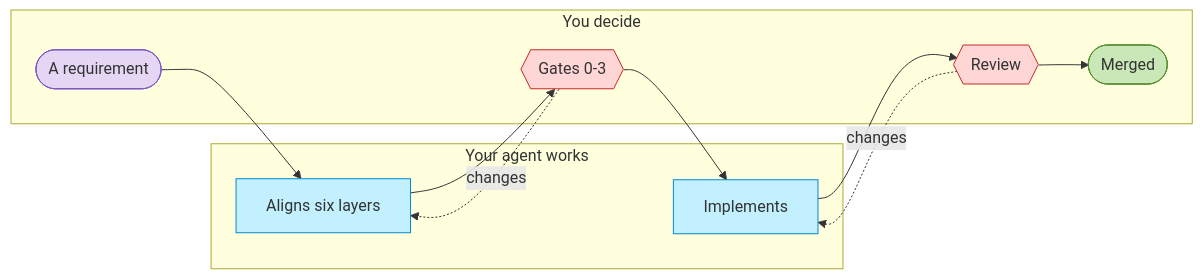
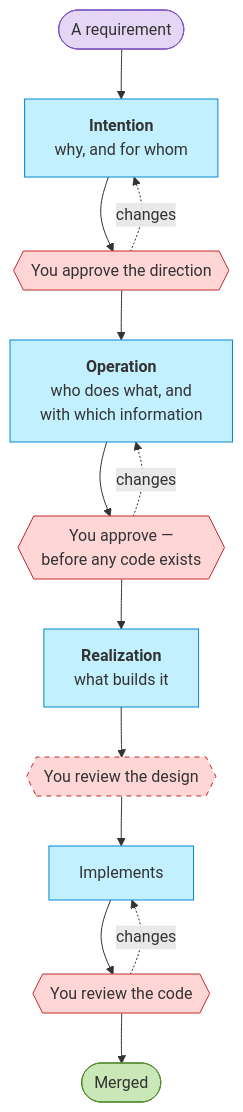
Before and after one commit to roanboc/archreator: the diagram in README.md, drawn with Mermaid. The commit also changed other lines of this file and 1 other file, not shown here.

Commit message:
docs: the six layers, read as three questions
"Aligns six layers" told a reader nothing, and listing all six told them
too much at once. The diagram now shows the three groups the layers fall
into — Intention, Operation, Realization — with the gates between them,
and the six-layer table gains a Group column so the detail and the
picture agree.

Names chosen against ArchiMate and TOGAF rather than invented:
Intention covers what ArchiMate models as Motivation plus Strategy and
TOGAF opens with as Architecture Vision, and Realization is ArchiMate's
own relationship, already the vocabulary P2 is written in. "Structure"
and "Implementation" were both rejected — the first is an ArchiMate
aspect meaning something else, and the second already names the scope
and roadmap viewpoint in this method.

The optional design gate is drawn dashed rather than omitted, so the
diagram stops implying every gate always fires.

Claude-Session: https://claude.ai/code/session_01FjJ9cwsKZtvm6sn652Xc5V

````diff
--- a/README.md
+++ b/README.md
@@ -43,23 +44,27 @@
 ```mermaid
-flowchart LR
-  subgraph A["&nbsp;&nbsp;Your agent works&nbsp;&nbsp;"]
-    design["Aligns six layers"]:::ai
-    build["Implements"]:::ai
-  end
-  subgraph H["&nbsp;&nbsp;You decide&nbsp;&nbsp;"]
-    ask(["A requirement"]):::human
-    gate{{"Gates 0-3"}}:::gate
-    review{{"Review"}}:::gate
-    merged(["Merged"]):::done
-  end
-  ask --> design --> gate
-  gate --> build --> review
-  review --> merged
-  gate -.->|changes| design
-  review -.->|changes| build
+flowchart TB
+  req(["A requirement"]):::human
+
+  intention["<b>Intention</b><br/>why, and for whom"]:::ai
+  gA{{"You approve the direction"}}:::gate
+  operation["<b>Operation</b><br/>who does what, and<br/>with which information"]:::ai
+  gB{{"You approve —<br/>before any code exists"}}:::gate
+  realization["<b>Realization</b><br/>what builds it"]:::ai
+  gC{{"You review the design"}}:::gateopt
+
+  build["Implements"]:::ai
+  review{{"You review the code"}}:::gate
+  merged(["Merged"]):::done
+
+  req --> intention --> gA --> operation --> gB --> realization --> gC
+  gC --> build --> review --> merged
+  gA -.->|"changes"| intention
+  gB -.->|"changes"| operation
+  review -.->|"changes"| build
 
   classDef human fill:#e6d6f5,stroke:#7e57c2,color:#333
   classDef ai fill:#c2f0ff,stroke:#0288d1,color:#333
   classDef gate fill:#ffd6d6,stroke:#c62828,color:#333
+  classDef gateopt fill:#ffd6d6,stroke:#c62828,color:#333,stroke-dasharray: 5 5
   classDef done fill:#c9e7b7,stroke:#558b2f,color:#333
 ```
````
